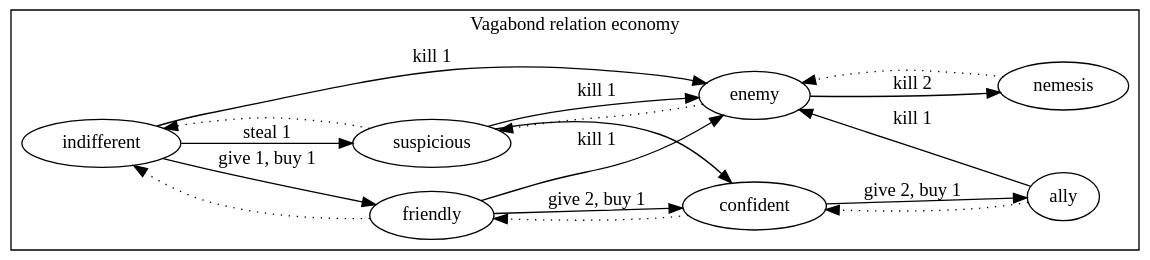
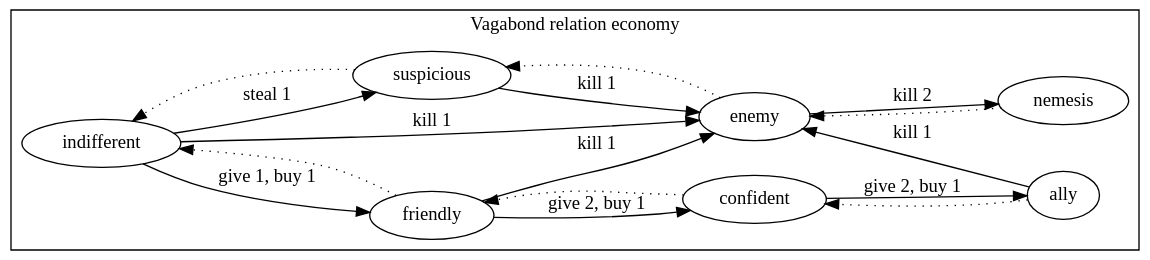
One commit to krawaller/root changed the diagram in diagrams/vagabond-relation.dot. Above: the diagram before and after it, drawn with Graphviz. The commit also changed 1 other file, not shown here.

```diff
--- a/diagrams/vagabond-relation.dot
+++ b/diagrams/vagabond-relation.dot
@@ -1,33 +1,31 @@
 digraph {
   rankdir = LR;
   bgcolor = transparent;
 
   subgraph cluster_vagabondcards {
 
     label = "Vagabond relation economy"
 
     indifferent -> friendly [label="give 1, buy 1"]
     friendly -> confident [label="give 2, buy 1"]
     confident-> ally [label="give 2, buy 1"]
 
     ally -> confident -> friendly -> indifferent [style=dotted]
 
     indifferent -> suspicious [label="steal 1"]
     suspicious -> enemy [label="kill 1"]
     enemy -> nemesis [label="kill 2"]
 
     nemesis -> enemy -> suspicious -> indifferent [style=dotted]
 
     indifferent -> enemy [label="kill 1"]
 
     friendly -> enemy [label="kill 1"]
 
     ally -> enemy [label="kill 1"]
 
-    suspicious -> confident
-
     {rank=same; friendly, suspicious}
     {rank=same; confident, enemy}
     {rank=same; nemesis, ally}
   }
 }
```
